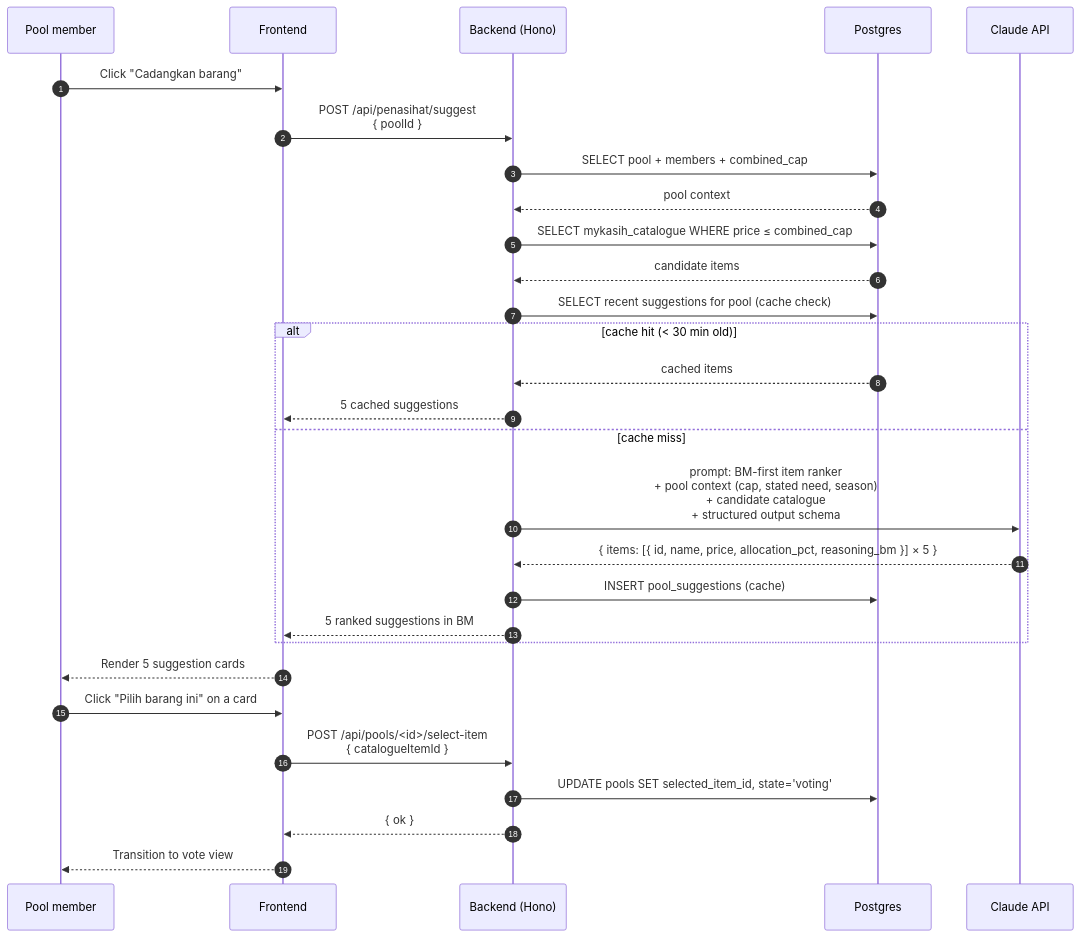
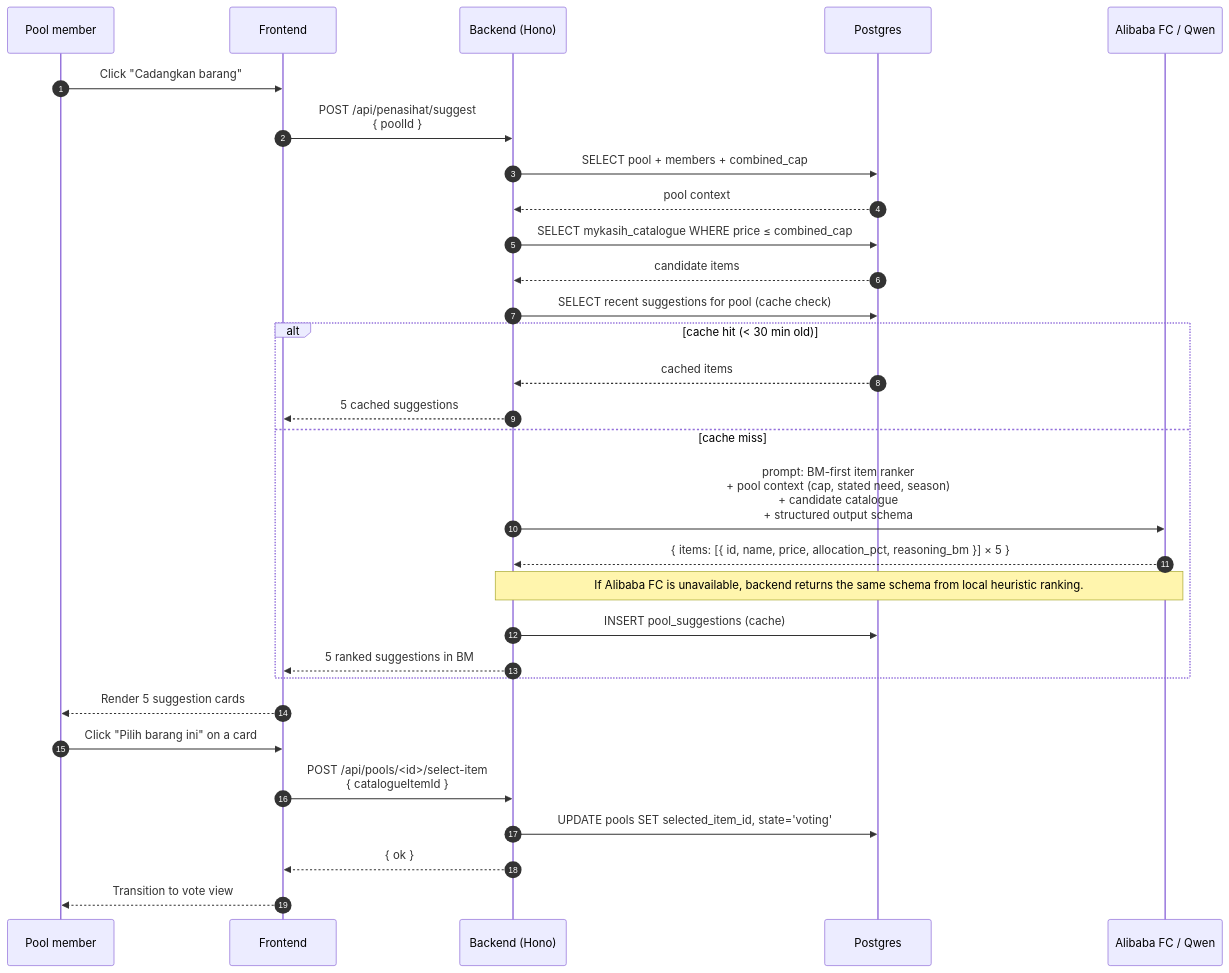
Before and after one commit to Zen0space/R2-D2-Finhack: the third of 9 diagrams in docs/tech/ARCHITECTURE.md, drawn with Mermaid. The commit also changed other lines of this file and 23 other files, not shown here.

````diff
--- a/docs/tech/ARCHITECTURE.md
+++ b/docs/tech/ARCHITECTURE.md
@@ -90,34 +90,35 @@
 ```mermaid
 sequenceDiagram
     autonumber
     participant U as Pool member
     participant F as Frontend
     participant A as Backend (Hono)
     participant P as Postgres
-    participant C as Claude API
+    participant C as Alibaba FC / Qwen
 
     U->>F: Click "Cadangkan barang"
     F->>A: POST /api/penasihat/suggest<br/>{ poolId }
 
     A->>P: SELECT pool + members + combined_cap
     P-->>A: pool context
     A->>P: SELECT mykasih_catalogue WHERE price ≤ combined_cap
     P-->>A: candidate items
     A->>P: SELECT recent suggestions for pool (cache check)
     alt cache hit (< 30 min old)
         P-->>A: cached items
         A-->>F: 5 cached suggestions
     else cache miss
         A->>C: prompt: BM-first item ranker<br/>+ pool context (cap, stated need, season)<br/>+ candidate catalogue<br/>+ structured output schema
         C-->>A: { items: [{ id, name, price, allocation_pct, reasoning_bm }] × 5 }
+        Note over A,C: If Alibaba FC is unavailable, backend returns the same schema from local heuristic ranking.
         A->>P: INSERT pool_suggestions (cache)
         A-->>F: 5 ranked suggestions in BM
     end
 
     F-->>U: Render 5 suggestion cards
     U->>F: Click "Pilih barang ini" on a card
     F->>A: POST /api/pools/<id>/select-item<br/>{ catalogueItemId }
     A->>P: UPDATE pools SET selected_item_id, state='voting'
     A-->>F: { ok }
     F-->>U: Transition to vote view
 ```
````
